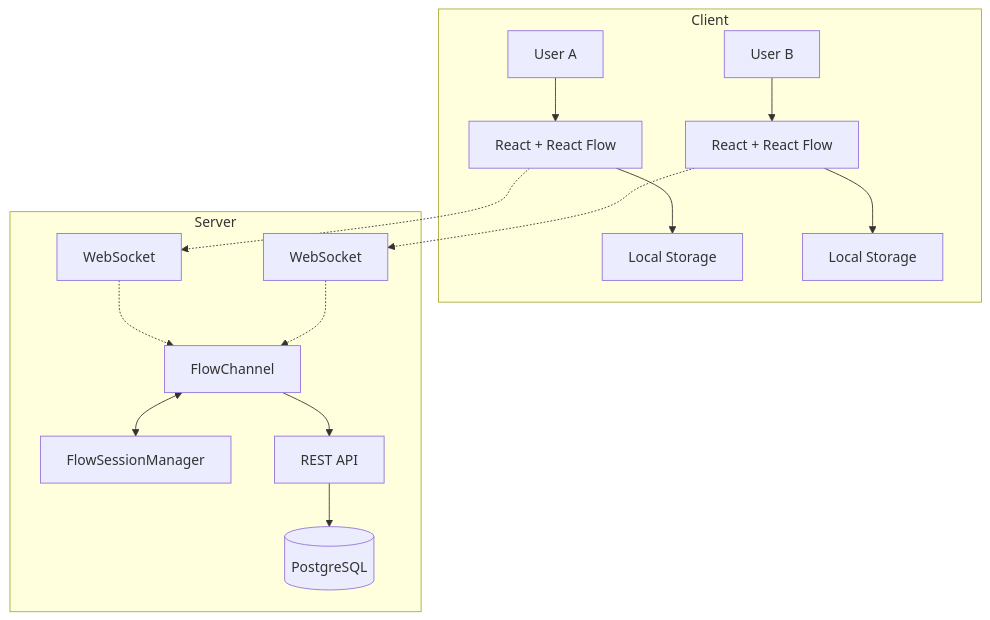
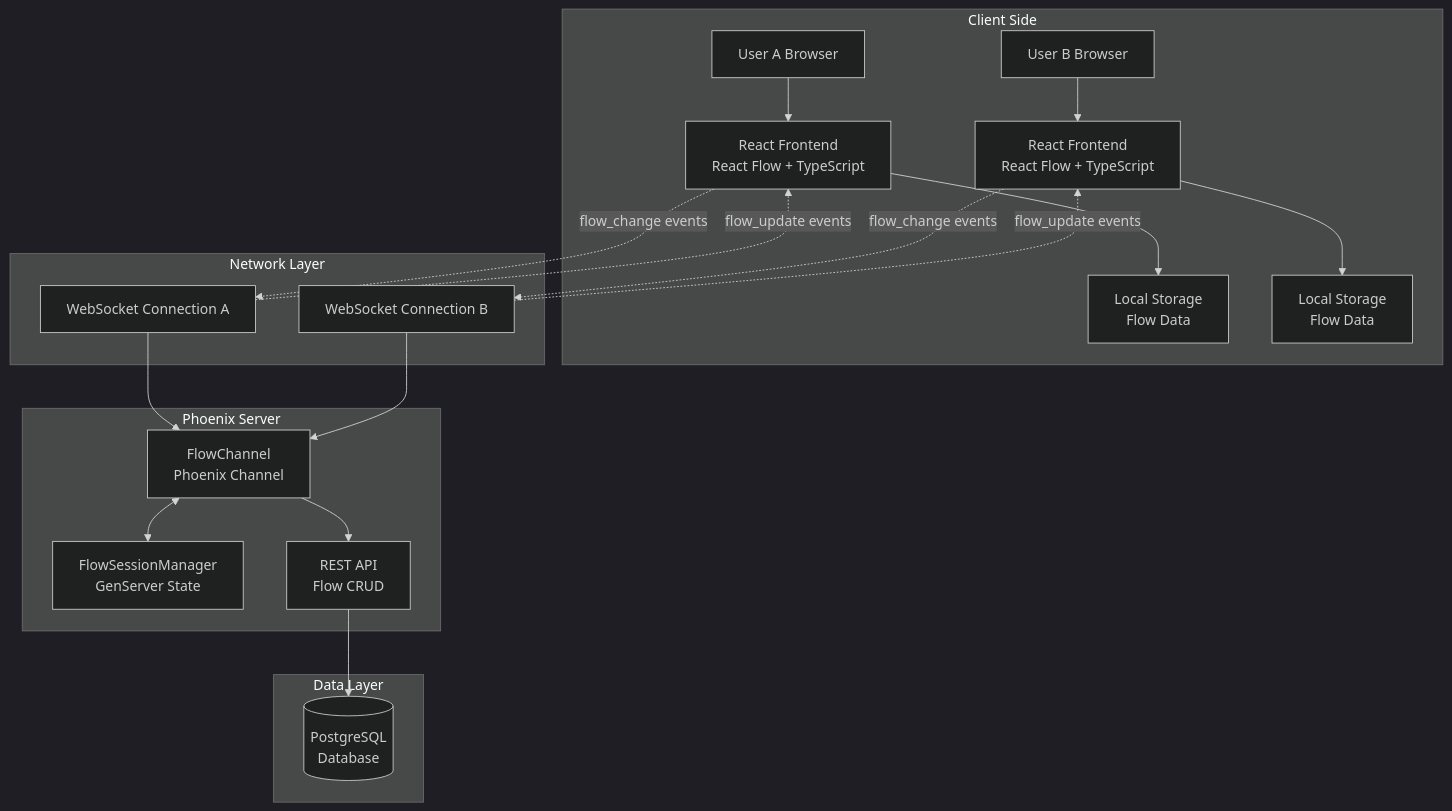
One commit to ccarvalho-eng/helix changed the first of 2 diagrams in README.md. Above: the diagram before and after it, drawn with Mermaid. The commit also changed other lines of this file, not shown here.

````diff
--- a/README.md
+++ b/README.md
@@ -102,16 +102,43 @@
 ```mermaid
+%%{init: {'theme':'dark'}}%%
 graph TB
-    subgraph Client
-        U1[User A] --> FE1[React + React Flow]
-        U2[User B] --> FE2[React + React Flow]
-        FE1 --> LS1[Local Storage]
-        FE2 --> LS2[Local Storage]
+    subgraph "Client Side"
+        UA[User A Browser]
+        UB[User B Browser]
+        FEA[React Frontend<br/>React Flow + TypeScript]
+        FEB[React Frontend<br/>React Flow + TypeScript]
+        LSA[Local Storage<br/>Flow Data]
+        LSB[Local Storage<br/>Flow Data]
+
+        UA --> FEA
+        UB --> FEB
+        FEA --> LSA
+        FEB --> LSB
     end
-    subgraph Server
-        FE1 -.-> WS1[WebSocket] -.-> FC[FlowChannel]
-        FE2 -.-> WS2[WebSocket] -.-> FC
-        FC <--> FSM[FlowSessionManager]
-        FC --> API[REST API]
-        API --> DB[(PostgreSQL)]
+
+    subgraph "Network Layer"
+        WSA[WebSocket Connection A]
+        WSB[WebSocket Connection B]
+
+        FEA -.->|flow_change events| WSA
+        FEB -.->|flow_change events| WSB
+        WSA -.->|flow_update events| FEA
+        WSB -.->|flow_update events| FEB
+    end
+
+    subgraph "Phoenix Server"
+        FC[FlowChannel<br/>Phoenix Channel]
+        FSM[FlowSessionManager<br/>GenServer State]
+        API[REST API<br/>Flow CRUD]
+
+        WSA --> FC
+        WSB --> FC
+        FC <--> FSM
+        FC --> API
+    end
+
+    subgraph "Data Layer"
+        PG[(PostgreSQL<br/>Database)]
+        API --> PG
     end
 ```
````
